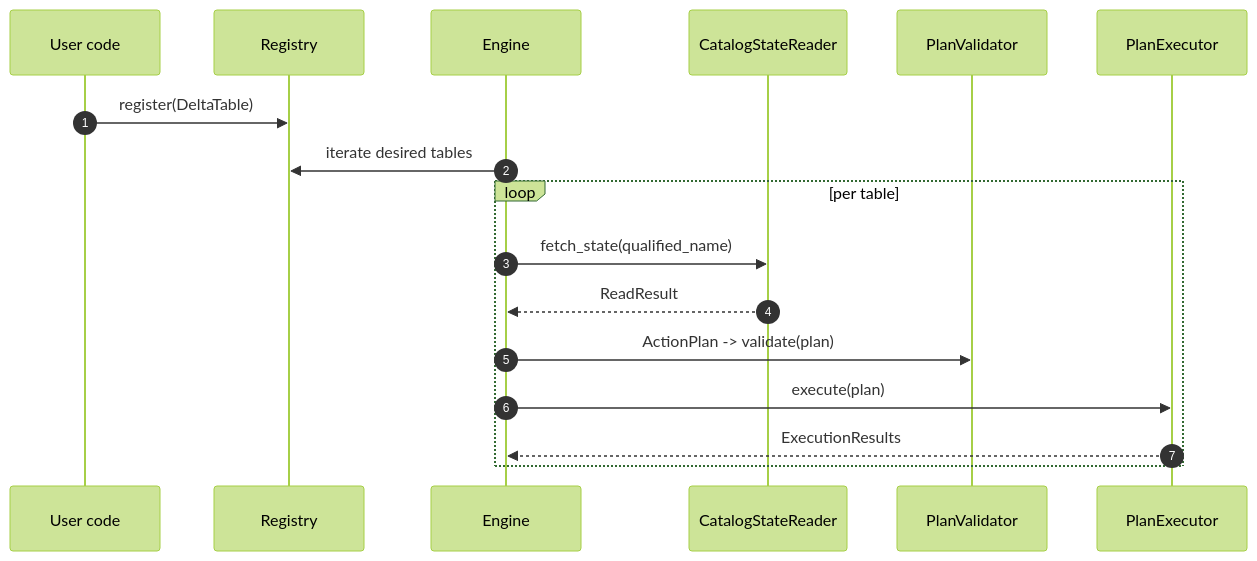
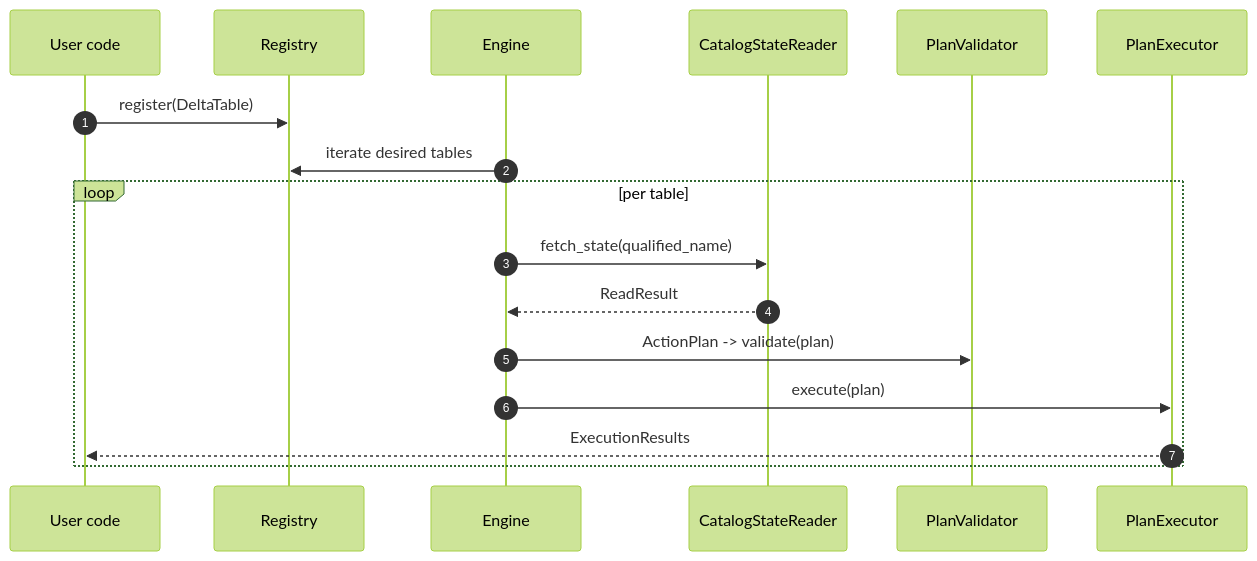
The second of 2 diagrams in delta-engine/docs/architecture.md (Tomoscorbin/delta-engine), drawn with Mermaid (forest theme) before and after one commit.

````diff
--- a/delta-engine/docs/architecture.md
+++ b/delta-engine/docs/architecture.md
@@ -63,20 +63,20 @@
 ```mermaid
 sequenceDiagram
     autonumber
     participant U as User code
     participant R as Registry
     participant E as Engine
     participant CR as CatalogStateReader
     participant V as PlanValidator
     participant X as PlanExecutor
 
     U->>R: register(DeltaTable)
     E->>R: iterate desired tables
     loop per table
         E->>CR: fetch_state(qualified_name)
         CR-->>E: ReadResult
         E->>V: ActionPlan  -> validate(plan)
         E->>X: execute(plan)
-        X-->>E: ExecutionResults
+        X-->>U: ExecutionResults
     end
 ```
````
